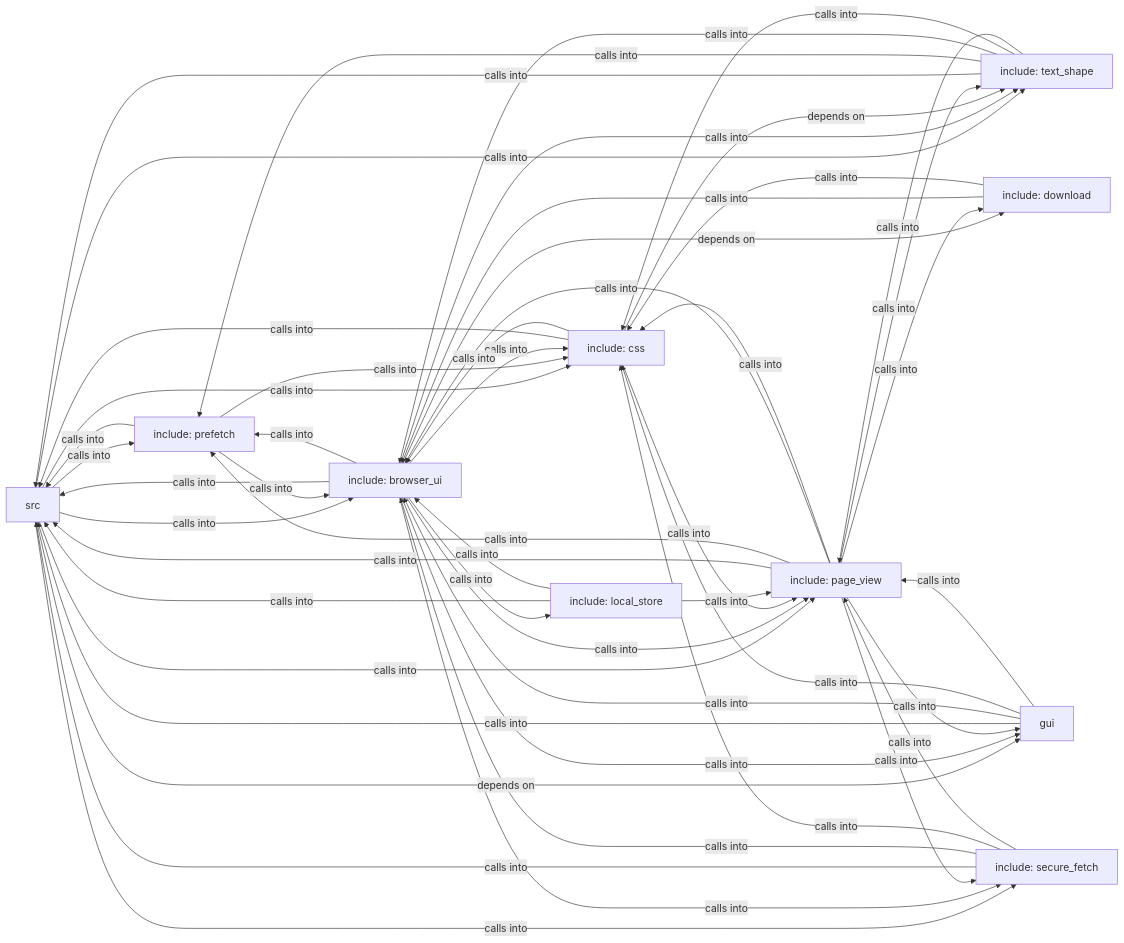
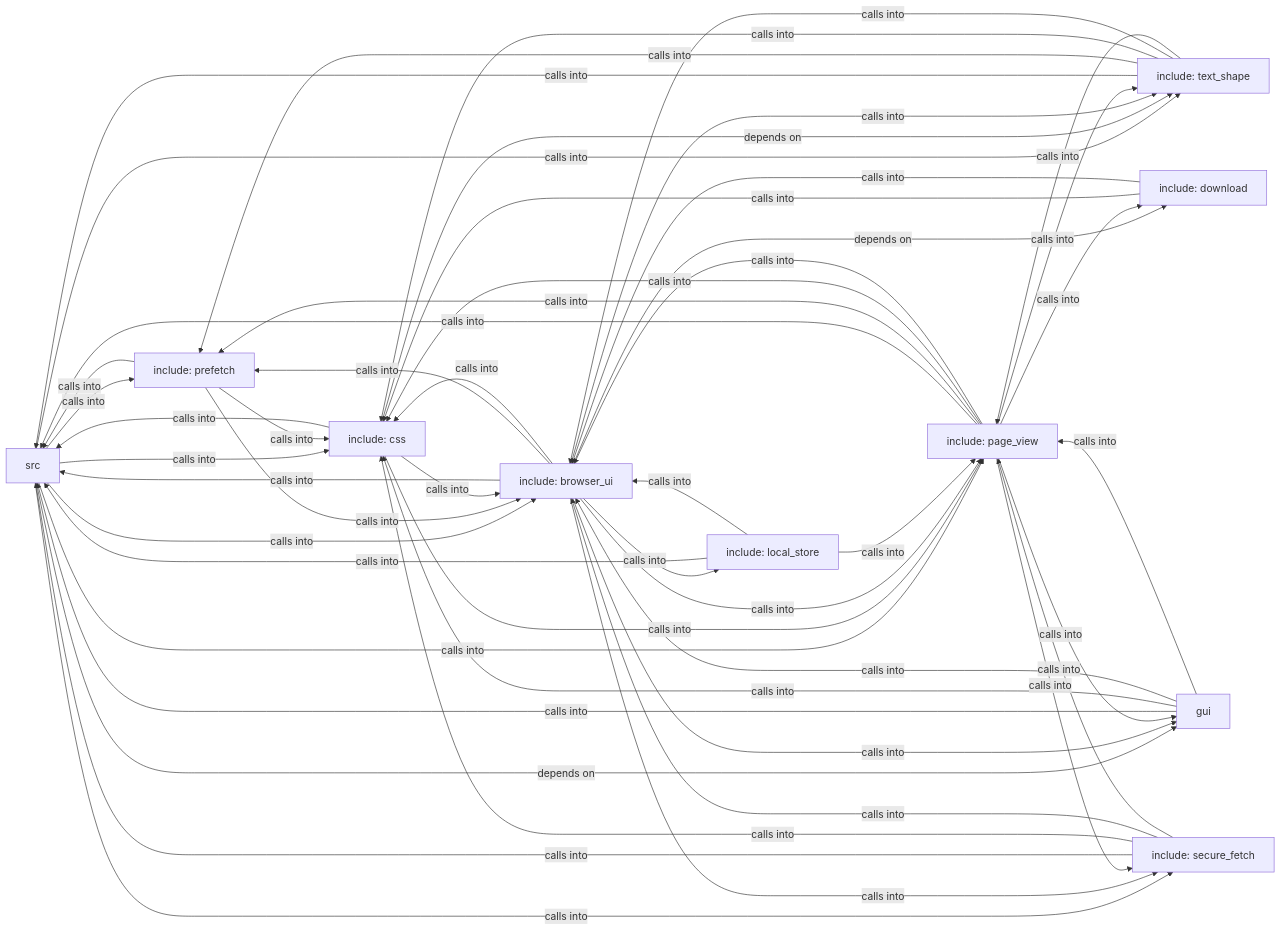
One commit to grisuno/FreeDom changed the diagram in readmenator-diagrams/overview.md. Above: the diagram before and after it, drawn with Mermaid. The commit also changed other lines of this file and 262 other files, not shown here.

````diff
--- a/readmenator-diagrams/overview.md
+++ b/readmenator-diagrams/overview.md
@@ -1,72 +1,72 @@
 ```mermaid
 graph LR
     src["src"]
+    include_css["include: css"]
     include_browser_ui["include: browser_ui"]
-    include_css["include: css"]
     include_page_view["include: page_view"]
     include_text_shape["include: text_shape"]
     include_local_store["include: local_store"]
     gui["gui"]
     include_secure_fetch["include: secure_fetch"]
     include_download["include: download"]
     include_prefetch["include: prefetch"]
     src -- "calls into" --> include_prefetch
+    src -- "calls into" --> include_css
     src -- "calls into" --> include_browser_ui
-    src -- "calls into" --> include_css
     src -- "calls into" --> include_page_view
     src -- "calls into" --> include_text_shape
     src -- "depends on" --> gui
     src -- "calls into" --> include_secure_fetch
     include_prefetch -- "calls into" --> src
+    include_prefetch -- "calls into" --> include_css
     include_prefetch -- "calls into" --> include_browser_ui
-    include_prefetch -- "calls into" --> include_css
+    include_css -- "calls into" --> src
+    include_css -- "calls into" --> include_browser_ui
+    include_css -- "calls into" --> include_page_view
+    include_css -- "depends on" --> include_text_shape
     include_browser_ui -- "calls into" --> src
     include_browser_ui -- "calls into" --> include_prefetch
     include_browser_ui -- "calls into" --> include_css
     include_browser_ui -- "calls into" --> include_page_view
     include_browser_ui -- "calls into" --> include_text_shape
     include_browser_ui -- "calls into" --> include_local_store
     include_browser_ui -- "calls into" --> gui
     include_browser_ui -- "calls into" --> include_secure_fetch
     include_browser_ui -- "depends on" --> include_download
-    include_css -- "calls into" --> src
-    include_css -- "calls into" --> include_browser_ui
-    include_css -- "calls into" --> include_page_view
-    include_css -- "depends on" --> include_text_shape
     include_page_view -- "calls into" --> src
     include_page_view -- "calls into" --> include_prefetch
+    include_page_view -- "calls into" --> include_css
     include_page_view -- "calls into" --> include_browser_ui
-    include_page_view -- "calls into" --> include_css
     include_page_view -- "calls into" --> include_text_shape
     include_page_view -- "calls into" --> gui
     include_page_view -- "calls into" --> include_secure_fetch
     include_page_view -- "calls into" --> include_download
     include_text_shape -- "calls into" --> src
     include_text_shape -- "calls into" --> include_prefetch
+    include_text_shape -- "calls into" --> include_css
     include_text_shape -- "calls into" --> include_browser_ui
-    include_text_shape -- "calls into" --> include_css
     include_text_shape -- "calls into" --> include_page_view
     include_local_store -- "calls into" --> src
     include_local_store -- "calls into" --> include_browser_ui
     include_local_store -- "calls into" --> include_page_view
     gui -- "calls into" --> src
+    gui -- "calls into" --> include_css
     gui -- "calls into" --> include_browser_ui
-    gui -- "calls into" --> include_css
     gui -- "calls into" --> include_page_view
     include_secure_fetch -- "calls into" --> src
+    include_secure_fetch -- "calls into" --> include_css
     include_secure_fetch -- "calls into" --> include_browser_ui
-    include_secure_fetch -- "calls into" --> include_css
     include_secure_fetch -- "calls into" --> include_page_view
+    include_download -- "calls into" --> include_css
     include_download -- "calls into" --> include_browser_ui
-    include_download -- "calls into" --> include_css
     click src href "./src.md" "Details"
+    click include_css href "./include_css.md" "Details"
     click include_browser_ui href "./include_browser_ui.md" "Details"
-    click include_css href "./include_css.md" "Details"
     click include_page_view href "./include_page_view.md" "Details"
     click include_text_shape href "./include_text_shape.md" "Details"
     click include_local_store href "./include_local_store.md" "Details"
     click gui href "./gui.md" "Details"
     click include_secure_fetch href "./include_secure_fetch.md" "Details"
     click include_download href "./include_download.md" "Details"
     click include_prefetch href "./include_prefetch.md" "Details"
 ```
````
